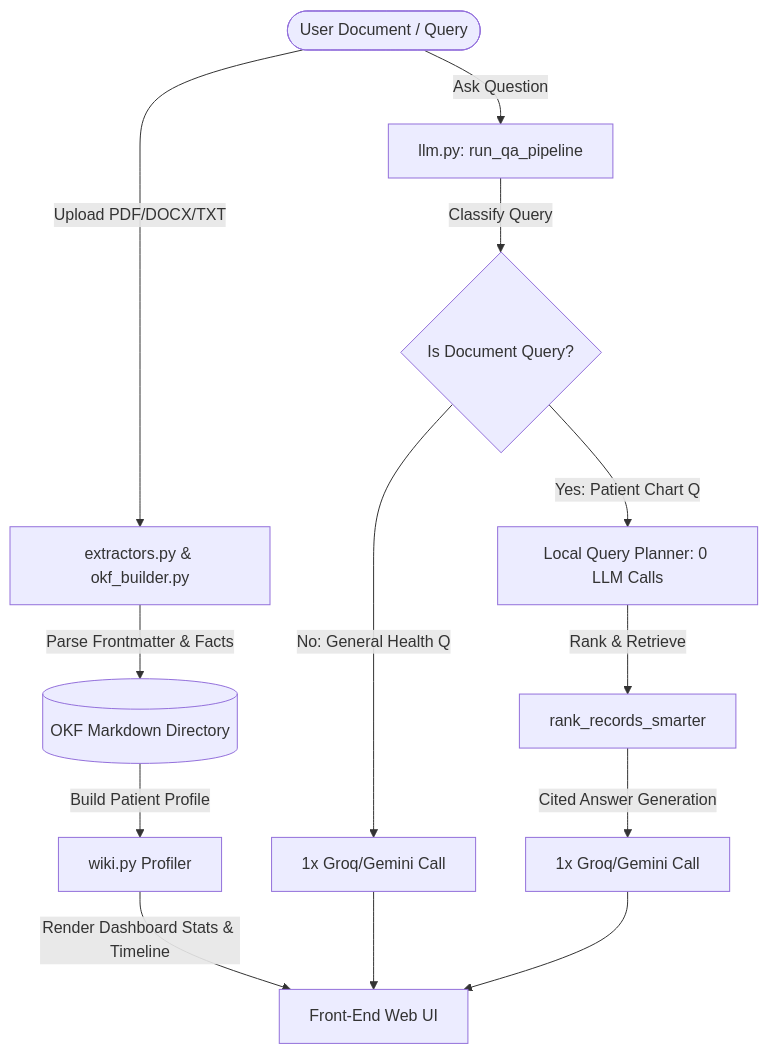
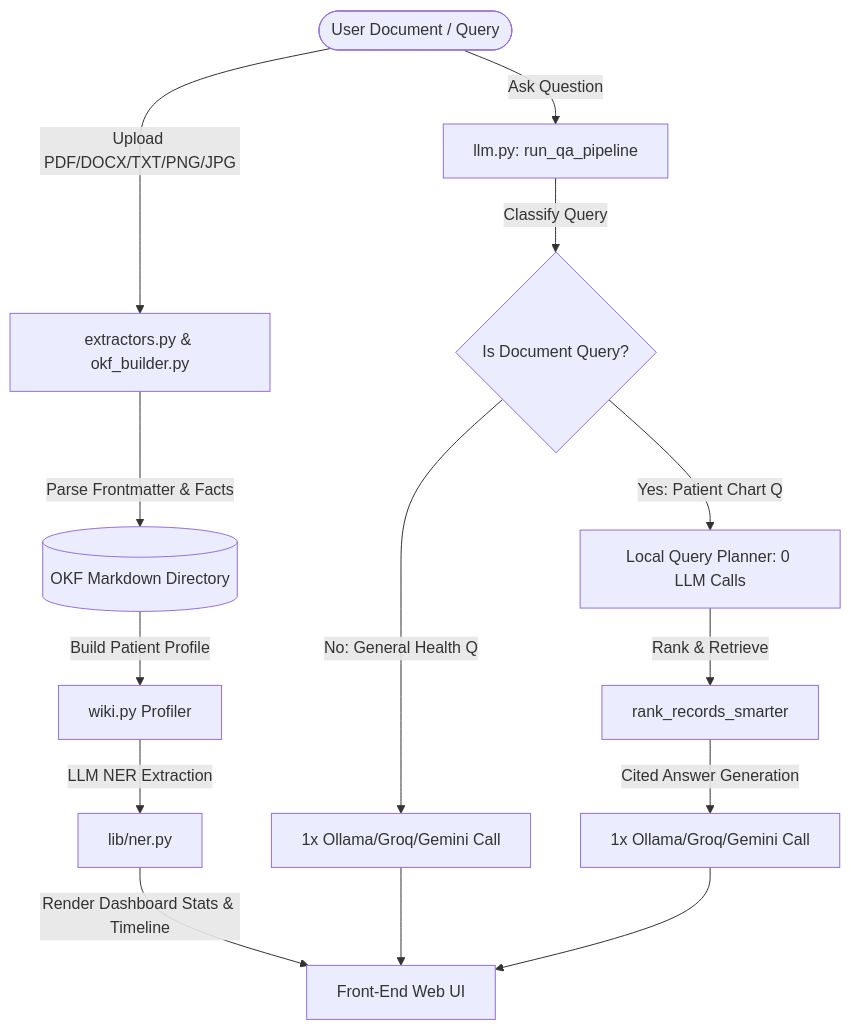
Before and after one commit to Ankithraj-1312/carechronicle: the diagram in README.md, drawn with Mermaid. The commit also changed other lines of this file, not shown here.

Commit message:
docs: update README to cover Ollama, OCR image ingestion, clinical LLM NER, FHIR syncing, and new visual design layout

````diff
--- a/README.md
+++ b/README.md
@@ -14,19 +15,20 @@
 ```mermaid
 graph TD
-    User([User Document / Query]) -->|Upload PDF/DOCX/TXT| Parser[extractors.py & okf_builder.py]
+    User([User Document / Query]) -->|Upload PDF/DOCX/TXT/PNG/JPG| Parser[extractors.py & okf_builder.py]
     Parser -->|Parse Frontmatter & Facts| OKF[(OKF Markdown Directory)]
     OKF -->|Build Patient Profile| Wiki[wiki.py Profiler]
-    Wiki -->|Render Dashboard Stats & Timeline| UI[Front-End Web UI]
+    Wiki -->|LLM NER Extraction| Profile[lib/ner.py]
+    Profile -->|Render Dashboard Stats & Timeline| UI[Front-End Web UI]
 
     User -->|Ask Question| QueryPipeline[llm.py: run_qa_pipeline]
     QueryPipeline -->|Classify Query| Classifier{Is Document Query?}
     
-    Classifier -->|No: General Health Q| GenAns[1x Groq/Gemini Call]
+    Classifier -->|No: General Health Q| GenAns[1x Ollama/Groq/Gemini Call]
     Classifier -->|Yes: Patient Chart Q| Plan[Local Query Planner: 0 LLM Calls]
     
     Plan -->|Rank & Retrieve| Retrieval[rank_records_smarter]
-    Retrieval -->|Cited Answer Generation| DocAns[1x Groq/Gemini Call]
+    Retrieval -->|Cited Answer Generation| DocAns[1x Ollama/Groq/Gemini Call]
     
     GenAns --> UI
     DocAns --> UI
 ```
````
